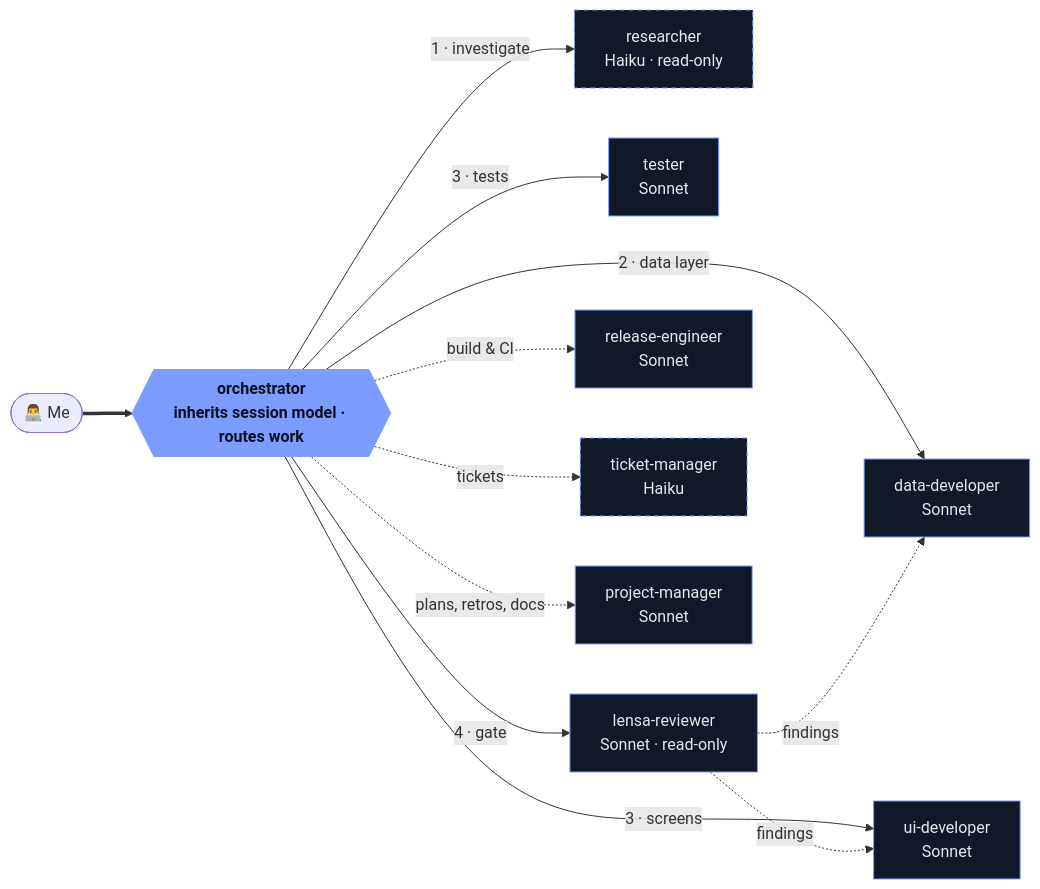
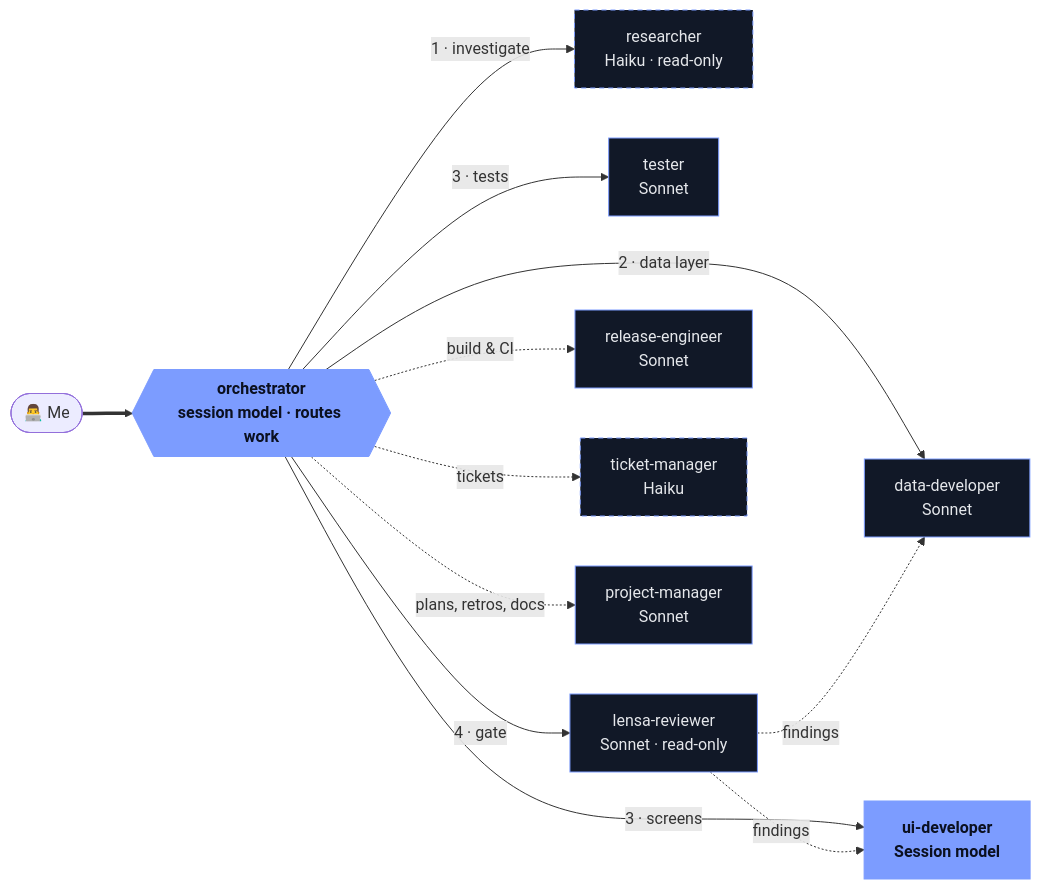
Before and after one commit to abdur-rohman/abdur-rohman: the diagram in README.md, drawn with Mermaid. The commit also changed other lines of this file, not shown here.

Commit message:
update ai workflow

````diff
--- a/README.md
+++ b/README.md
@@ -67,21 +67,21 @@
 ```mermaid
 flowchart LR
-    Me([👨‍💻 Me]) ==> O{{orchestrator<br/>inherits session model · routes work}}:::opus
+    Me([👨‍💻 Me]) ==> O{{orchestrator<br/>session model · routes work}}:::opus
 
     O -->|1 · investigate| R[researcher<br/>Haiku · read-only]:::haiku
     O -->|2 · data layer| DD[data-developer<br/>Sonnet]:::sonnet
-    O -->|3 · screens| UI[ui-developer<br/>Sonnet]:::sonnet
+    O -->|3 · screens| UI[ui-developer<br/>Session model]:::opus
     O -->|3 · tests| T[tester<br/>Sonnet]:::sonnet
     O -->|4 · gate| L[lensa-reviewer<br/>Sonnet · read-only]:::sonnet
 
     O -.->|build & CI| RE[release-engineer<br/>Sonnet]:::sonnet
     O -.->|tickets| TM[ticket-manager<br/>Haiku]:::haiku
     O -.->|plans, retros, docs| PM[project-manager<br/>Sonnet]:::sonnet
 
     L -. findings .-> UI
     L -. findings .-> DD
 
     classDef opus fill:#7c9cff,stroke:#7c9cff,color:#0b1020,font-weight:bold
     classDef sonnet fill:#111827,stroke:#7c9cff,color:#e5e7eb
     classDef haiku fill:#111827,stroke:#7c9cff,color:#e5e7eb,stroke-dasharray:5 4
 ```
````
